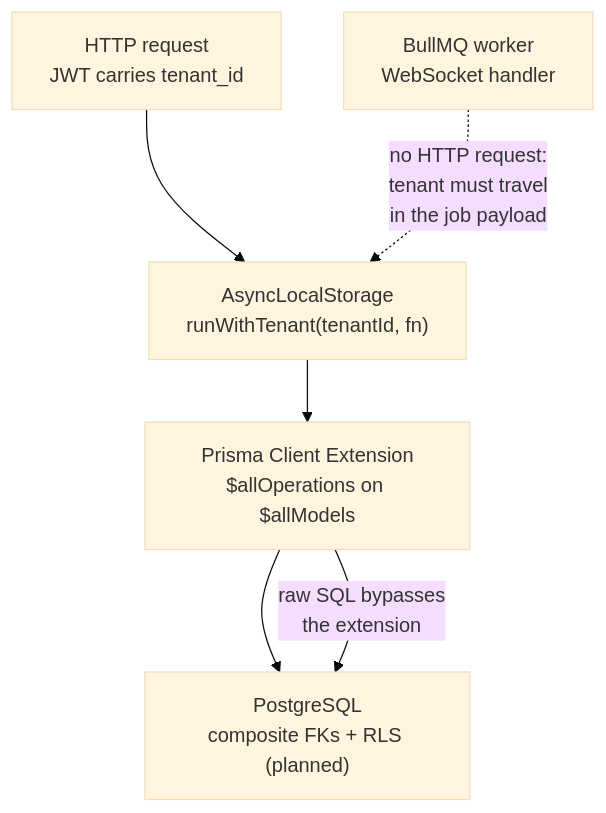
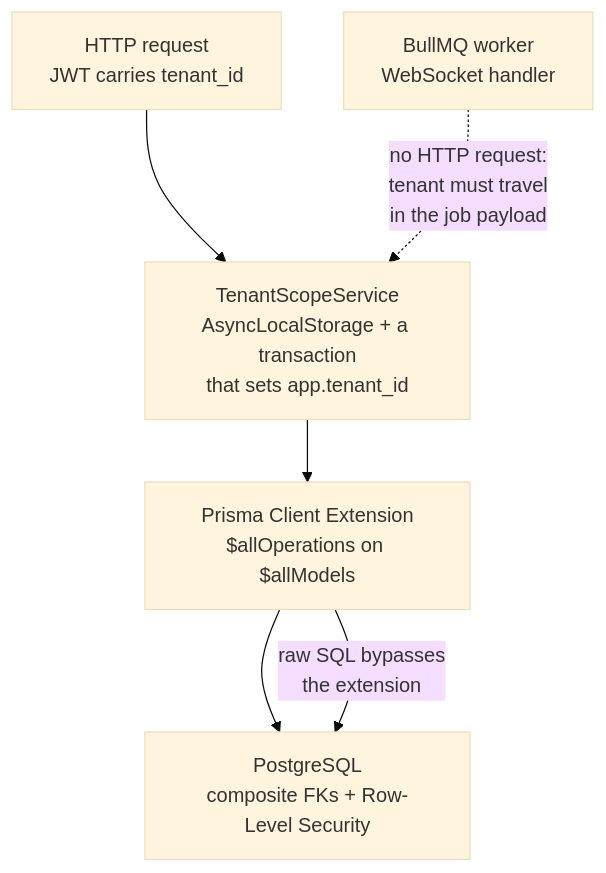
Before and after one commit to brunocbarbosa/NexusOps_backend: the first of 2 diagrams in README.md, drawn with Mermaid (base theme). The commit also changed other lines of this file, not shown here.

First line of the commit message:
docs(readme): describe Row-Level Security as built rather than as planned

````diff
--- a/README.md
+++ b/README.md
@@ -75,10 +75,10 @@
 ```mermaid
 flowchart TD
-    A["HTTP request<br/>JWT carries tenant_id"] --> B["AsyncLocalStorage<br/>runWithTenant(tenantId, fn)"]
+    A["HTTP request<br/>JWT carries tenant_id"] --> B["TenantScopeService<br/>AsyncLocalStorage + a transaction<br/>that sets app.tenant_id"]
     B --> C["Prisma Client Extension<br/>$allOperations on $allModels"]
-    C --> D["PostgreSQL<br/>composite FKs + RLS (planned)"]
+    C --> D["PostgreSQL<br/>composite FKs + Row-Level Security"]
 
     E["BullMQ worker<br/>WebSocket handler"] -.->|"no HTTP request:<br/>tenant must travel<br/>in the job payload"| B
 
     C -->|"raw SQL bypasses<br/>the extension"| D
 ```
````
